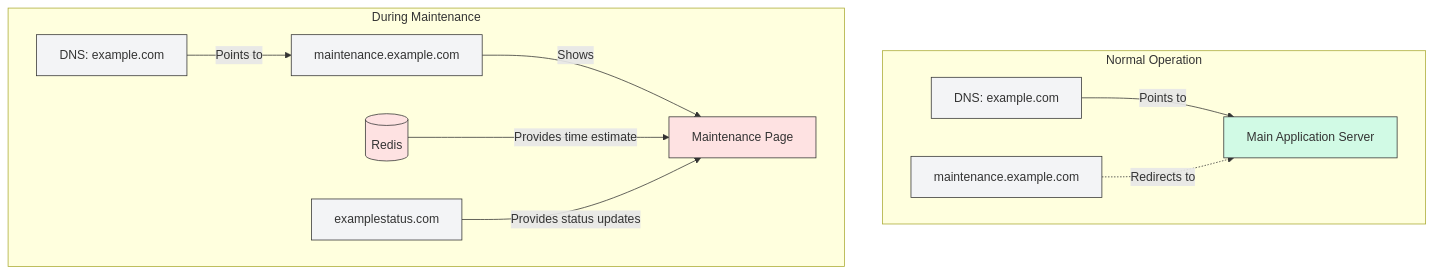
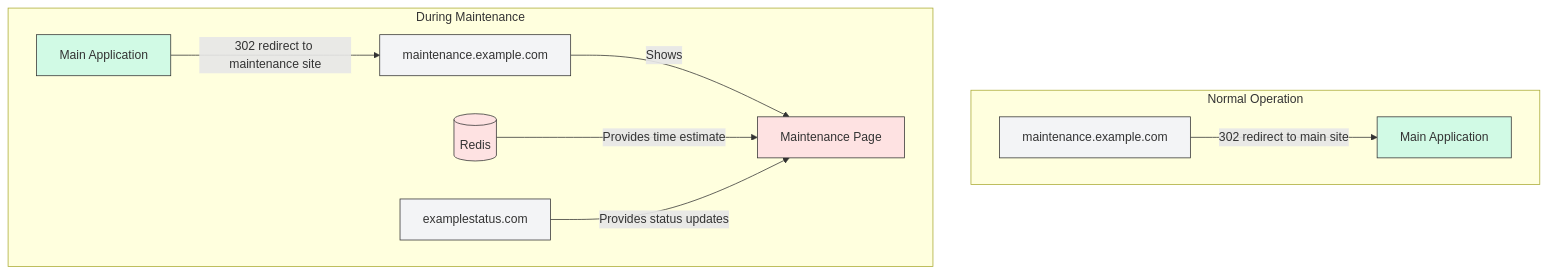
The first of 3 diagrams in README.md (gnometeaparty/maintenance-page), drawn with Mermaid before and after one commit.

Commit message:
chore: update overview diagram

````diff
--- a/README.md
+++ b/README.md
@@ -9,23 +9,23 @@
 ```mermaid
 flowchart TD
     subgraph "Normal Operation"
-        DNS1[DNS: example.com] -->|Points to| MAIN[Main Application Server]
-        MAINT1[maintenance.example.com] -.->|Redirects to| MAIN
+        MAIN[Main Application]
+        MAINT[maintenance.example.com] -->|302 redirect to main site| MAIN
     end
 
     subgraph "During Maintenance"
-        DNS2[DNS: example.com] -->|Points to| MAINT2[maintenance.example.com]
+        MAIN2[Main Application] -->|302 redirect to maintenance site| MAINT2[maintenance.example.com]
         MAINT2 -->|Shows| MP[Maintenance Page]
         db[(Redis)] -->|Provides time estimate| MP
         STATUS[examplestatus.com] -->|Provides status updates| MP
     end
 
     %% Styling
     classDef normal fill:#d1fae5,stroke:#333
     classDef maintenance fill:#fee2e2,stroke:#333
     classDef neutral fill:#f3f4f6,stroke:#333
 
-    class MAIN normal
+    class MAIN,MAIN2 normal
     class MP,db maintenance
-    class DNS1,DNS2,MAINT1,MAINT2,STATUS neutral
+    class MAINT,MAINT2,STATUS neutral
 ```
````
